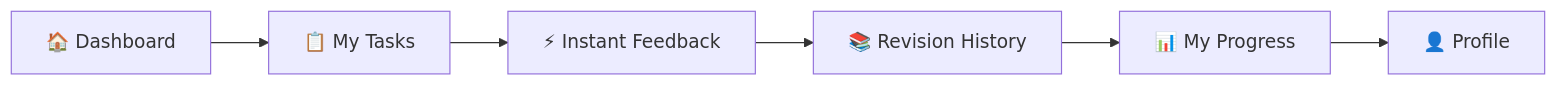
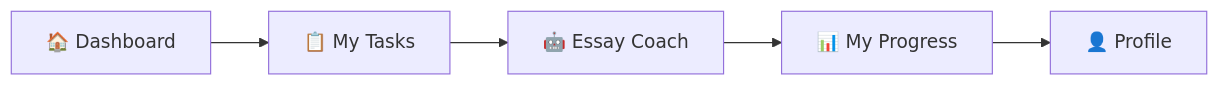
The fourth of 9 diagrams in docs/Navigation Bars Design.md (2333xxxx/EssayCoach), drawn with Mermaid before and after one commit. The commit also changed other lines of this file and 7 other files, not shown here.

Commit message:
chore: enhance documentation and project structure for EssayCoach platform

````diff
--- a/docs/Navigation Bars Design.md
+++ b/docs/Navigation Bars Design.md
@@ -121,8 +121,7 @@
 ```mermaid
 graph LR
     StudentHome["🏠 Dashboard"] --> TaskList["📋 My Tasks"]
-    TaskList --> InstantFB["⚡ Instant Feedback"]
-    InstantFB --> History["📚 Revision History"]
-    History --> Progress["📊 My Progress"]
+    TaskList --> EssayCoach["🤖 Essay Coach"]
+    EssayCoach --> Progress["📊 My Progress"]
     Progress --> Profile["👤 Profile"]
 ```
````
